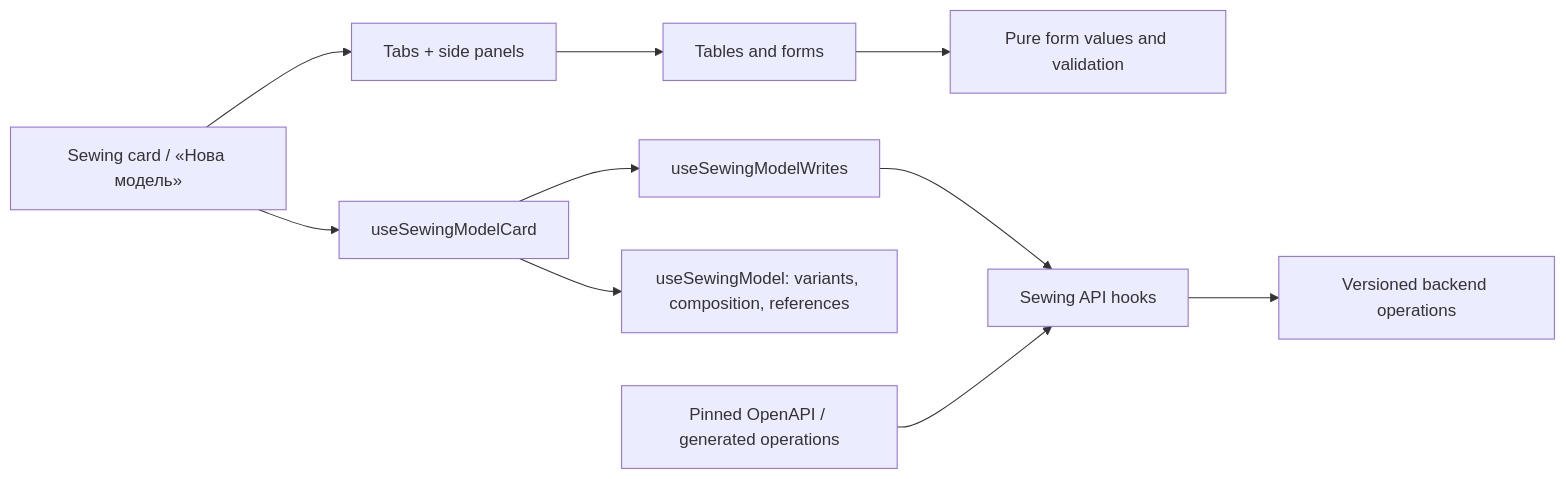
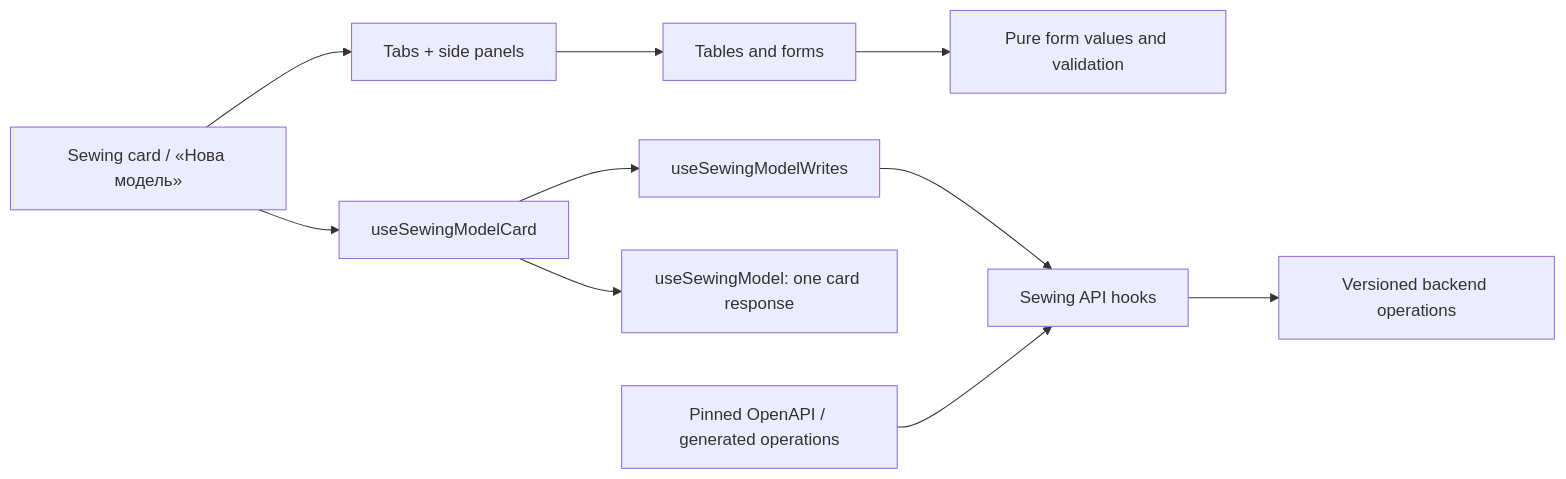
Before and after one commit to Weretik/brevi-web: the diagram in docs/features/admin/products/sewing-composition.md, drawn with Mermaid. The commit also changed other lines of this file and 47 other files, not shown here.

First line of the commit message:
Sewing card in one request, labour in UAH, all prices (spec 017)

````diff
--- a/docs/features/admin/products/sewing-composition.md
+++ b/docs/features/admin/products/sewing-composition.md
@@ -35,12 +35,12 @@
 ```mermaid
 flowchart LR
     Card[Sewing card / «Нова модель»] --> Hook[useSewingModelCard]
-    Hook --> Model[useSewingModel: variants, composition, references]
+    Hook --> Model[useSewingModel: one card response]
     Hook --> Writes[useSewingModelWrites]
     Card --> Tabs[Tabs + side panels]
     Tabs --> UI[Tables and forms]
     UI --> Rules[Pure form values and validation]
     Writes --> Data[Sewing API hooks]
     Data --> Backend[Versioned backend operations]
     Contract[Pinned OpenAPI / generated operations] --> Data
 ```
````
